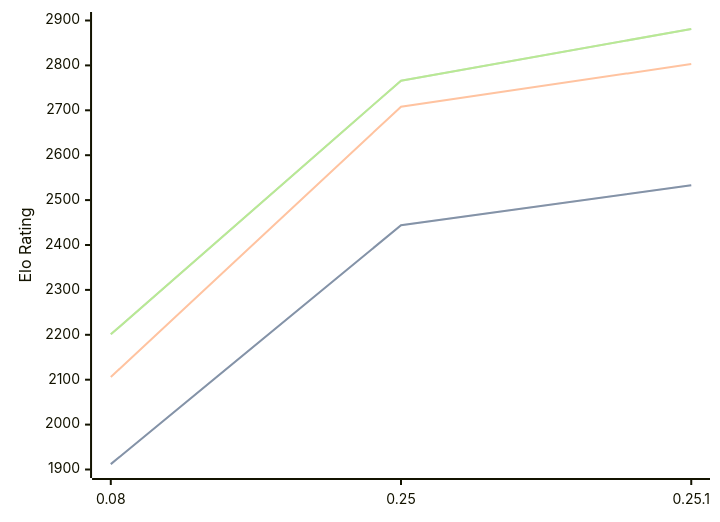
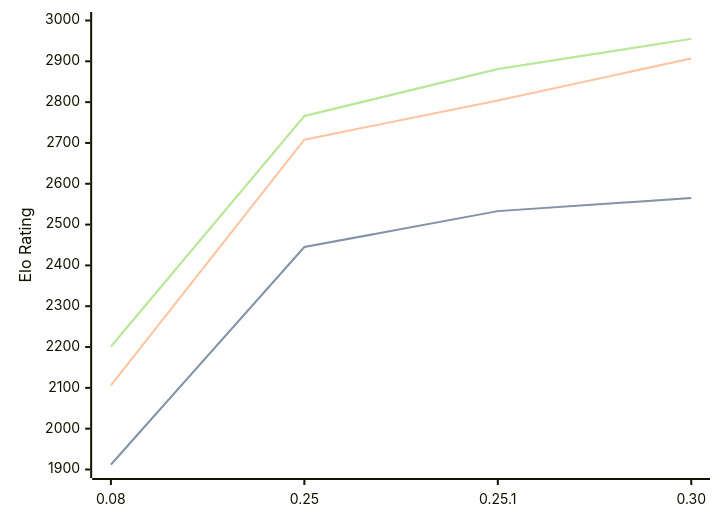
Before and after one commit to computer-chess-index/cci: the diagram in engines/Gecko.md, drawn with Mermaid. The commit also changed other lines of this file, not shown here.

Commit message:
Update CCI Ratings (ELO VLTC) - 2026-05-03

````diff
--- a/engines/Gecko.md
+++ b/engines/Gecko.md
@@ -34,11 +34,11 @@
 ```mermaid
 %%{init: {"theme":"base","themeVariables":{"seriesColors:['#a3a3a3','#222221','#faa371']}}}%%
 xychart-beta
-  x-axis ["0.08", "0.25", "0.25.1"]
-  y-axis "Elo Rating" 1900 --> 2900
-  line "STC (8.0+0.08s)" [1912, 2444, 2533]
-  line "STC (8.0+0.08s)" [1912, 2444, 2533]
-  line "LTC (60.0+0.60s)" [2106, 2708, 2803]
-  line "VLTC (2m24s+1.12s)" [2201, 2766, 2881]
-  line "VLTC (2m24s+1.12s)" [2201, 2766, 2881]
+  x-axis ["0.08", "0.25", "0.25.1", "0.30"]
+  y-axis "Elo Rating" 1900 --> 3000
+  line "STC (8.0+0.08s)" [1912, 2445, 2533, 2565]
+  line "STC (8.0+0.08s)" [1912, 2445, 2533, 2565]
+  line "LTC (60.0+0.60s)" [2106, 2708, 2804, 2907]
+  line "VLTC (2m24s+1.12s)" [2201, 2766, 2881, 2955]
+  line "VLTC (2m24s+1.12s)" [2201, 2766, 2881, 2955]
 ```
````
